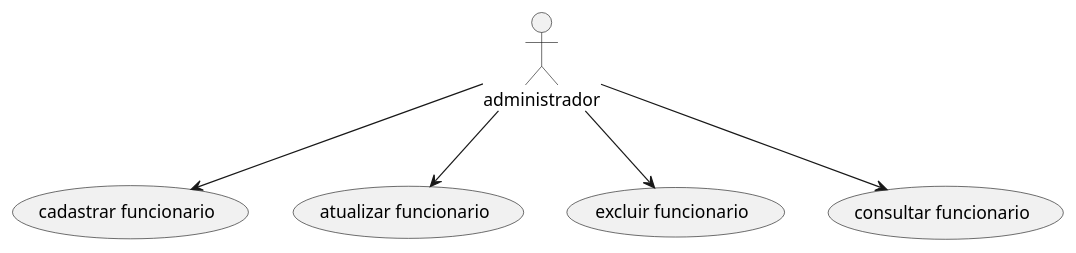
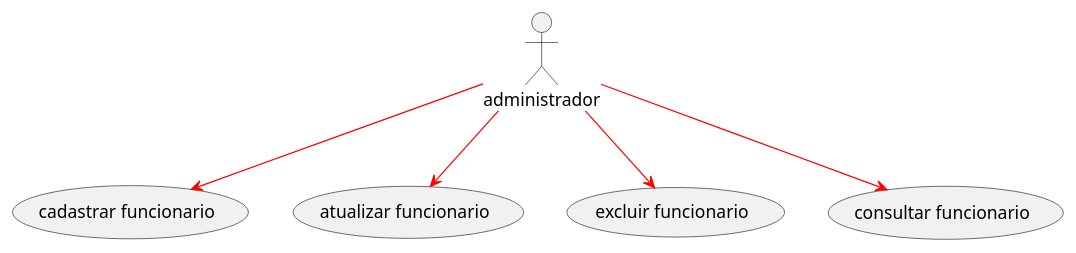
Before and after one commit to leonardo-brasil/quarkus-ecommerce-relogio: the diagram in docs/use-case-diagram/administrador.plantuml, drawn with PlantUML. The commit also changed 2 other files, not shown here.

Commit message:
Atualizando Diagramas

```diff
--- a/docs/use-case-diagram/administrador.plantuml
+++ b/docs/use-case-diagram/administrador.plantuml
@@ -1,11 +1,11 @@
 @startuml administrador
 
 actor administrador
 
 ' CRUD funcionario
-administrador --> (cadastrar funcionario)
-administrador --> (atualizar funcionario)
-administrador --> (excluir funcionario)
-administrador --> (consultar funcionario)
+administrador --> (cadastrar funcionario) #Red
+administrador --> (atualizar funcionario) #Red
+administrador --> (excluir funcionario) #Red
+administrador --> (consultar funcionario) #Red
 
 @enduml
```
